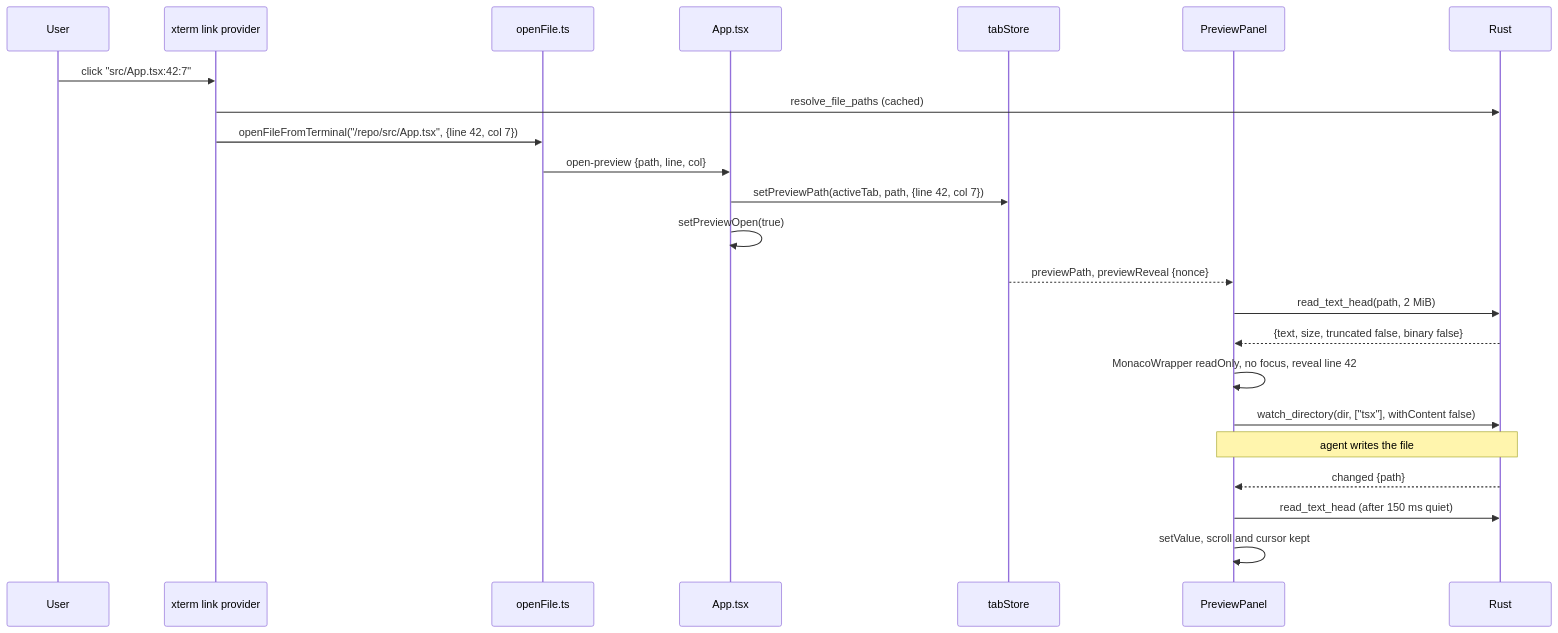
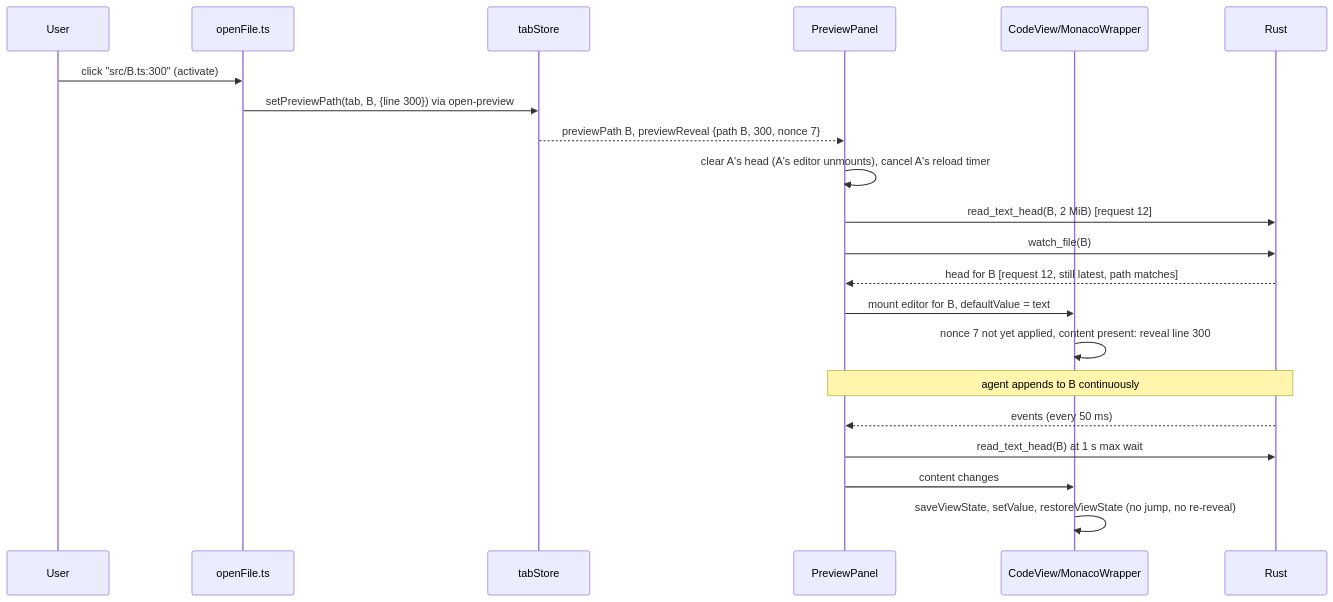
One commit to alvin-reyes/better-agentic-ide changed the third of 3 diagrams in _bmad-output/plan-code-viewer-panel.md. Above: the diagram before and after it, drawn with Mermaid. The commit also changed other lines of this file and 2 other files, not shown here.

Commit message:
Code viewer plan: review fixes, six stories, ADR 0009 revised

````diff
--- a/_bmad-output/plan-code-viewer-panel.md
+++ b/_bmad-output/plan-code-viewer-panel.md
@@ -166,25 +180,23 @@
 ```mermaid
 sequenceDiagram
   participant U as User
-  participant X as xterm link provider
   participant O as openFile.ts
-  participant A as App.tsx
   participant S as tabStore
   participant P as PreviewPanel
+  participant C as CodeView/MonacoWrapper
   participant R as Rust
-  U->>X: click "src/App.tsx:42:7"
-  X->>R: resolve_file_paths (cached)
-  X->>O: openFileFromTerminal("/repo/src/App.tsx", {line 42, col 7})
-  O->>A: open-preview {path, line, col}
-  A->>S: setPreviewPath(activeTab, path, {line 42, col 7})
-  A->>A: setPreviewOpen(true)
-  S-->>P: previewPath, previewReveal {nonce}
-  P->>R: read_text_head(path, 2 MiB)
-  R-->>P: {text, size, truncated false, binary false}
-  P->>P: MonacoWrapper readOnly, no focus, reveal line 42
-  P->>R: watch_directory(dir, ["tsx"], withContent false)
-  Note over P,R: agent writes the file
-  R-->>P: changed {path}
-  P->>R: read_text_head (after 150 ms quiet)
-  P->>P: setValue, scroll and cursor kept
+  U->>O: click "src/B.ts:300" (activate)
+  O->>S: setPreviewPath(tab, B, {line 300}) via open-preview
+  S-->>P: previewPath B, previewReveal {path B, 300, nonce 7}
+  P->>P: clear A's head (A's editor unmounts), cancel A's reload timer
+  P->>R: read_text_head(B, 2 MiB) [request 12]
+  P->>R: watch_file(B)
+  R-->>P: head for B [request 12, still latest, path matches]
+  P->>C: mount editor for B, defaultValue = text
+  C->>C: nonce 7 not yet applied, content present: reveal line 300
+  Note over R,P: agent appends to B continuously
+  R-->>P: events (every 50 ms)
+  P->>R: read_text_head(B) at 1 s max wait
+  P->>C: content changes
+  C->>C: saveViewState, setValue, restoreViewState (no jump, no re-reveal)
 ```
````
